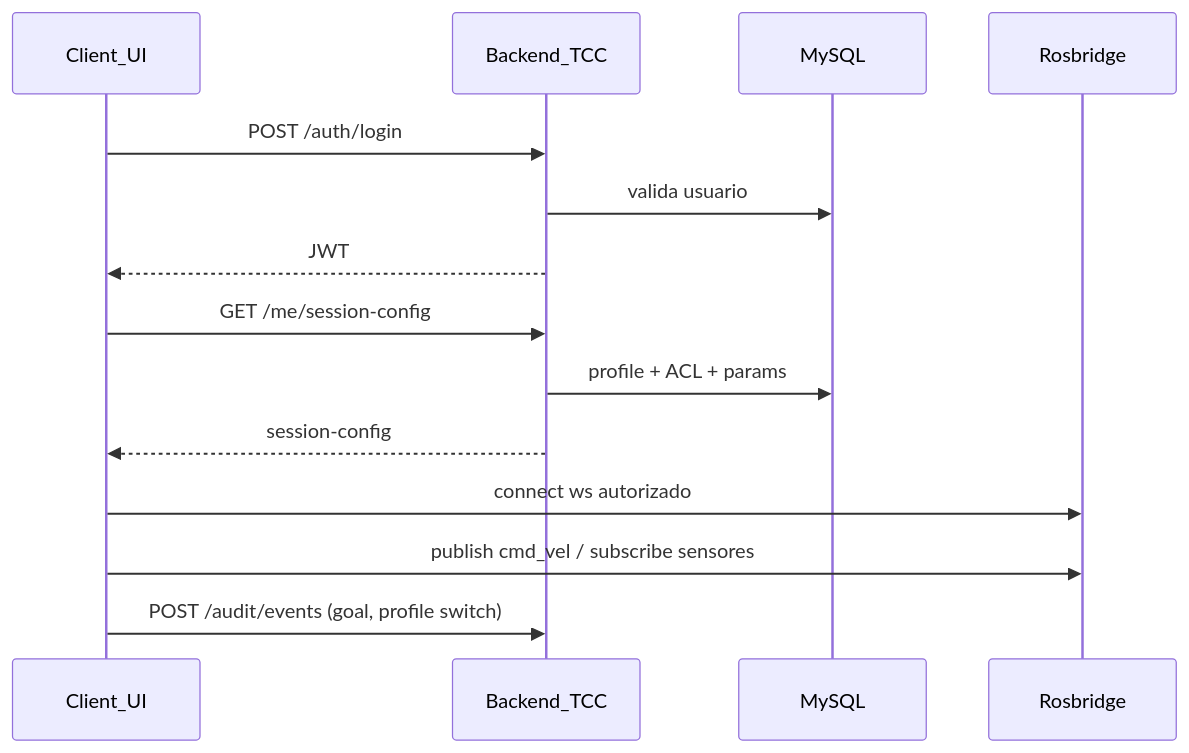
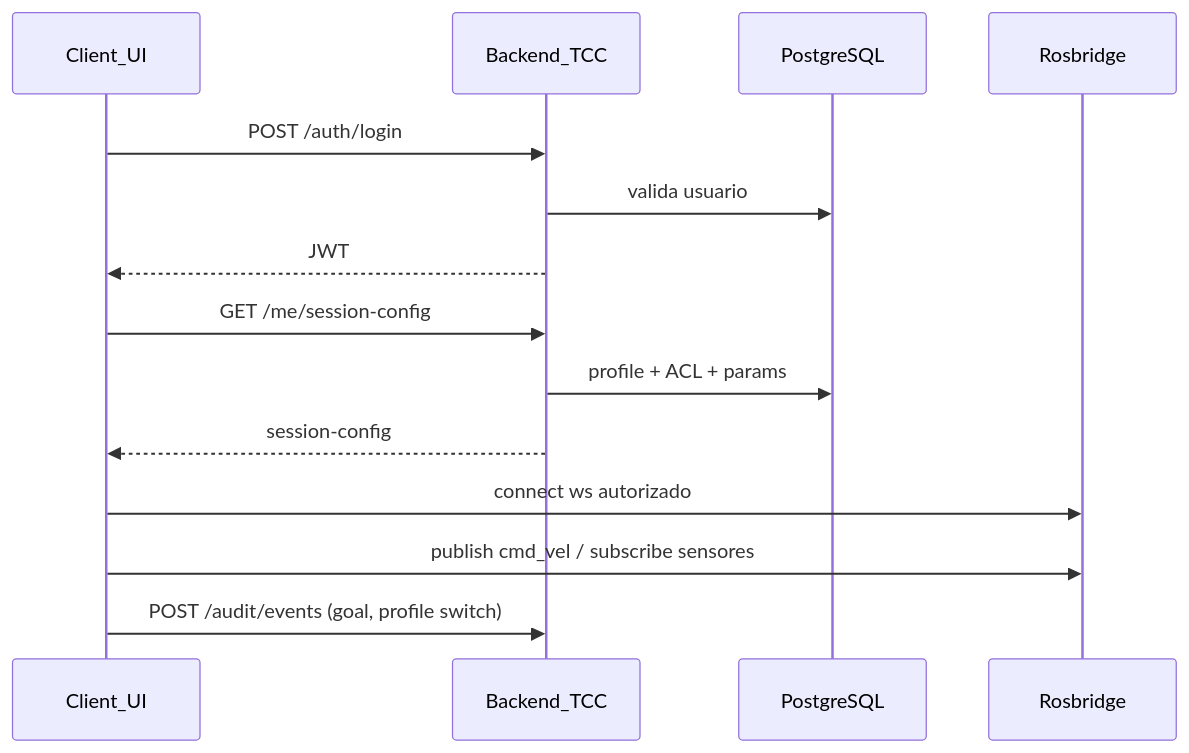
The second of 2 diagrams in docs/docs/architecture/system-overview.md (leonardovbdo/bifrost), drawn with Mermaid before and after one commit. The commit also changed other lines of this file and 17 other files, not shown here.

First line of the commit message:
docs(adr): adopt PostgreSQL as the official database

````diff
--- a/docs/docs/architecture/system-overview.md
+++ b/docs/docs/architecture/system-overview.md
@@ -76,17 +76,17 @@
 ```mermaid
 sequenceDiagram
   participant UI as Client_UI
   participant API as Backend_TCC
-  participant DB as MySQL
+  participant DB as PostgreSQL
   participant RB as Rosbridge
 
   UI->>API: POST /auth/login
   API->>DB: valida usuario
   API-->>UI: JWT
   UI->>API: GET /me/session-config
   API->>DB: profile + ACL + params
   API-->>UI: session-config
   UI->>RB: connect ws autorizado
   UI->>RB: publish cmd_vel / subscribe sensores
   UI->>API: POST /audit/events (goal, profile switch)
 ```
````
